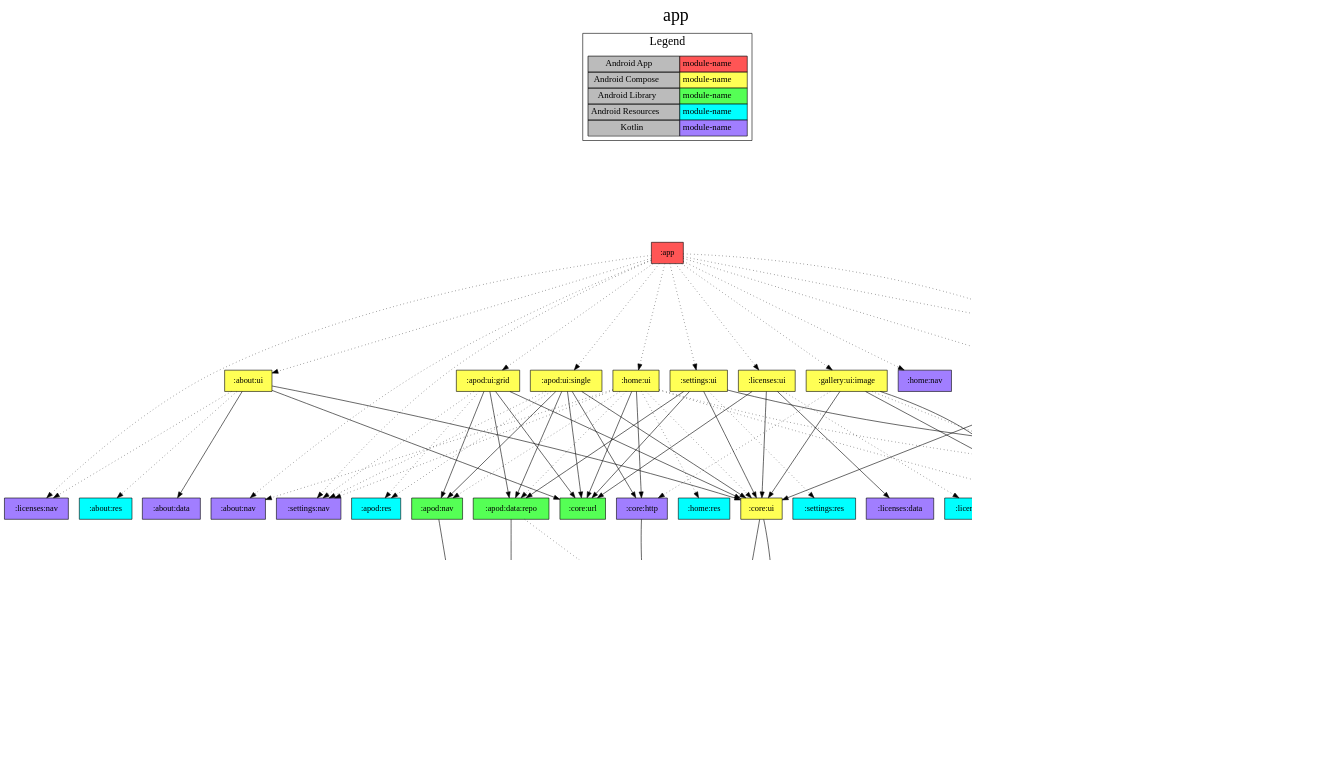
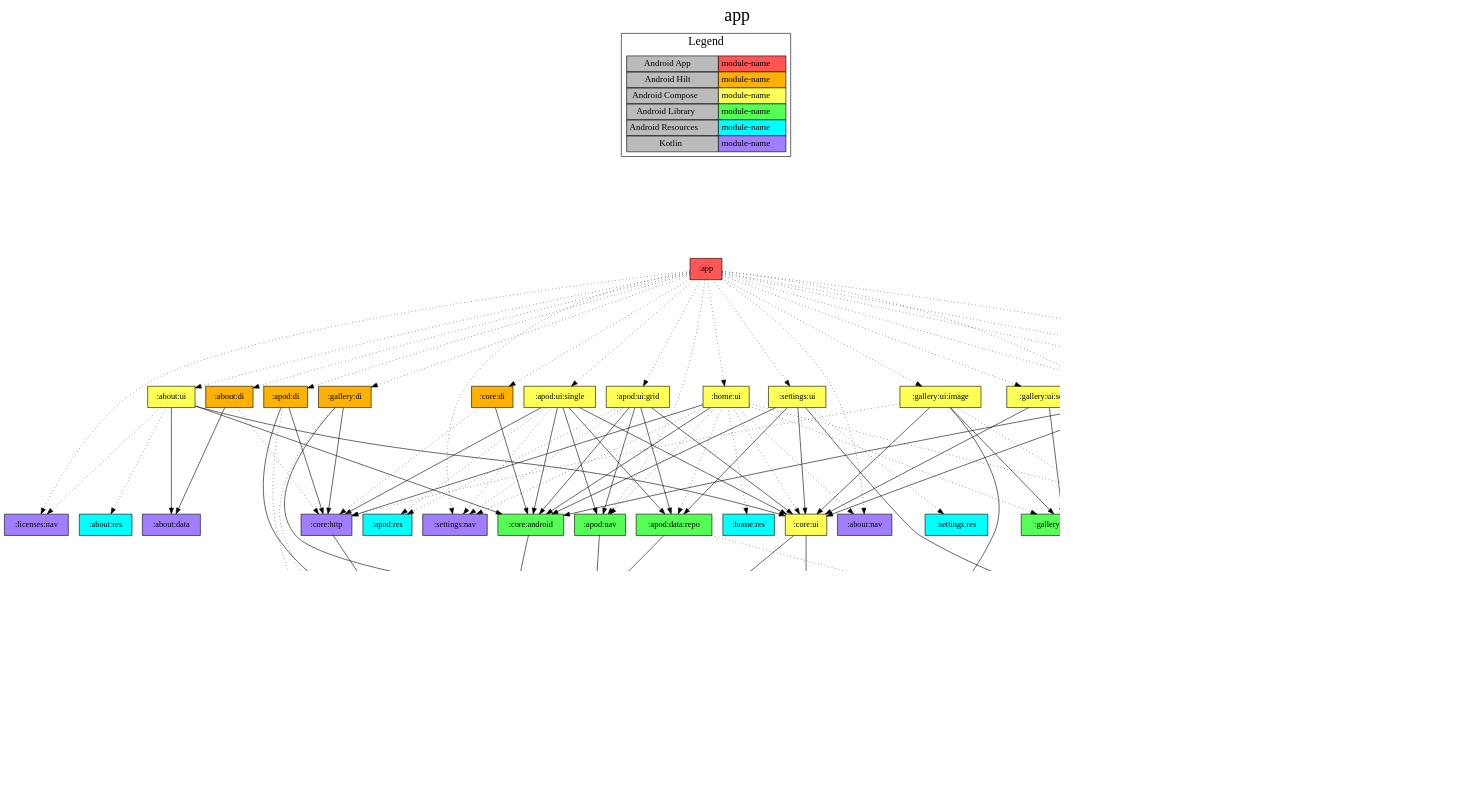
One commit to jonapoul/nasa-android changed the diagram in app/project-dependency-graph.dot. Above: the diagram before and after it, drawn with Graphviz. The commit also changed 75 other files, not shown here.

```diff
--- a/app/project-dependency-graph.dot
+++ b/app/project-dependency-graph.dot
@@ -1,136 +1,163 @@
 digraph {
 edge ["dir"="forward"]
 graph ["dpi"="100","label"="app","labelloc"="t","fontsize"="30","ranksep"="2.5","rankdir"="TB"]
 node ["style"="filled"]
 ":app" ["fillcolor"="#FF5555","shape"="box"]
+":about:di" ["fillcolor"="#FCB103","shape"="box"]
+":about:data" ["fillcolor"="#A17EFF","shape"="box"]
+":core:http" ["fillcolor"="#A17EFF","shape"="box"]
+":core:model" ["fillcolor"="#A17EFF","shape"="box"]
 ":about:nav" ["fillcolor"="#A17EFF","shape"="box"]
 ":about:ui" ["fillcolor"="#FFFF55","shape"="box"]
-":about:data" ["fillcolor"="#A17EFF","shape"="box"]
+":core:android" ["fillcolor"="#55FF55","shape"="box"]
 ":core:ui" ["fillcolor"="#FFFF55","shape"="box"]
-":core:model" ["fillcolor"="#A17EFF","shape"="box"]
 ":core:res" ["fillcolor"="#00FFFF","shape"="box"]
-":core:url" ["fillcolor"="#55FF55","shape"="box"]
 ":about:res" ["fillcolor"="#00FFFF","shape"="box"]
 ":licenses:nav" ["fillcolor"="#A17EFF","shape"="box"]
+":apod:di" ["fillcolor"="#FCB103","shape"="box"]
+":apod:data:api" ["fillcolor"="#A17EFF","shape"="box"]
+":apod:model" ["fillcolor"="#A17EFF","shape"="box"]
+":apod:nav" ["fillcolor"="#55FF55","shape"="box"]
 ":apod:ui:grid" ["fillcolor"="#FFFF55","shape"="box"]
 ":apod:data:repo" ["fillcolor"="#55FF55","shape"="box"]
-":apod:data:api" ["fillcolor"="#A17EFF","shape"="box"]
-":apod:model" ["fillcolor"="#A17EFF","shape"="box"]
 ":db:apod" ["fillcolor"="#A17EFF","shape"="box"]
-":apod:nav" ["fillcolor"="#55FF55","shape"="box"]
 ":apod:res" ["fillcolor"="#00FFFF","shape"="box"]
 ":settings:nav" ["fillcolor"="#A17EFF","shape"="box"]
 ":apod:ui:single" ["fillcolor"="#FFFF55","shape"="box"]
-":core:http" ["fillcolor"="#A17EFF","shape"="box"]
+":core:di" ["fillcolor"="#FCB103","shape"="box"]
+":db:di" ["fillcolor"="#FCB103","shape"="box"]
+":db:api" ["fillcolor"="#A17EFF","shape"="box"]
 ":db:impl" ["fillcolor"="#55FF55","shape"="box"]
-":db:api" ["fillcolor"="#A17EFF","shape"="box"]
 ":db:gallery" ["fillcolor"="#A17EFF","shape"="box"]
 ":gallery:model" ["fillcolor"="#A17EFF","shape"="box"]
+":gallery:di" ["fillcolor"="#FCB103","shape"="box"]
+":gallery:data:api" ["fillcolor"="#A17EFF","shape"="box"]
 ":gallery:nav" ["fillcolor"="#A17EFF","shape"="box"]
 ":gallery:ui:image" ["fillcolor"="#FFFF55","shape"="box"]
 ":gallery:data:repo" ["fillcolor"="#55FF55","shape"="box"]
-":gallery:data:api" ["fillcolor"="#A17EFF","shape"="box"]
 ":gallery:res" ["fillcolor"="#00FFFF","shape"="box"]
 ":gallery:ui:search" ["fillcolor"="#FFFF55","shape"="box"]
 ":home:nav" ["fillcolor"="#A17EFF","shape"="box"]
 ":home:ui" ["fillcolor"="#FFFF55","shape"="box"]
 ":home:res" ["fillcolor"="#00FFFF","shape"="box"]
+":licenses:di" ["fillcolor"="#FCB103","shape"="box"]
+":licenses:data" ["fillcolor"="#A17EFF","shape"="box"]
 ":licenses:ui" ["fillcolor"="#FFFF55","shape"="box"]
-":licenses:data" ["fillcolor"="#A17EFF","shape"="box"]
 ":licenses:res" ["fillcolor"="#00FFFF","shape"="box"]
 ":settings:ui" ["fillcolor"="#FFFF55","shape"="box"]
 ":settings:res" ["fillcolor"="#00FFFF","shape"="box"]
 {
 edge ["dir"="none"]
 graph ["rank"="same"]
 }
+":app" -> ":about:di" ["style"="dotted"]
 ":app" -> ":about:nav" ["style"="dotted"]
 ":app" -> ":about:ui" ["style"="dotted"]
+":app" -> ":apod:di" ["style"="dotted"]
+":app" -> ":apod:nav" ["style"="dotted"]
 ":app" -> ":apod:ui:grid" ["style"="dotted"]
 ":app" -> ":apod:ui:single" ["style"="dotted"]
-":app" -> ":db:impl" ["style"="dotted"]
+":app" -> ":core:di" ["style"="dotted"]
+":app" -> ":db:di" ["style"="dotted"]
+":app" -> ":gallery:di" ["style"="dotted"]
 ":app" -> ":gallery:nav" ["style"="dotted"]
 ":app" -> ":gallery:ui:image" ["style"="dotted"]
 ":app" -> ":gallery:ui:search" ["style"="dotted"]
 ":app" -> ":home:nav" ["style"="dotted"]
 ":app" -> ":home:ui" ["style"="dotted"]
+":app" -> ":licenses:di" ["style"="dotted"]
 ":app" -> ":licenses:nav" ["style"="dotted"]
 ":app" -> ":licenses:ui" ["style"="dotted"]
 ":app" -> ":settings:nav" ["style"="dotted"]
 ":app" -> ":settings:ui" ["style"="dotted"]
+":about:di" -> ":about:data"
+":about:di" -> ":core:http" ["style"="dotted"]
+":core:http" -> ":core:model"
 ":about:ui" -> ":about:data"
+":about:ui" -> ":core:android"
 ":about:ui" -> ":core:ui"
-":about:ui" -> ":core:url"
 ":about:ui" -> ":about:res" ["style"="dotted"]
 ":about:ui" -> ":licenses:nav" ["style"="dotted"]
+":core:android" -> ":core:model"
 ":core:ui" -> ":core:model"
 ":core:ui" -> ":core:res"
+":apod:di" -> ":apod:data:api"
+":apod:di" -> ":core:http"
+":apod:di" -> ":core:model" ["style"="dotted"]
+":apod:data:api" -> ":apod:model"
+":apod:data:api" -> ":core:model"
+":apod:nav" -> ":apod:model"
 ":apod:ui:grid" -> ":apod:data:repo"
 ":apod:ui:grid" -> ":apod:nav"
+":apod:ui:grid" -> ":core:android"
 ":apod:ui:grid" -> ":core:ui"
-":apod:ui:grid" -> ":core:url"
 ":apod:ui:grid" -> ":apod:res" ["style"="dotted"]
 ":apod:ui:grid" -> ":settings:nav" ["style"="dotted"]
 ":apod:data:repo" -> ":apod:data:api"
 ":apod:data:repo" -> ":db:apod" ["style"="dotted"]
-":apod:data:api" -> ":apod:model"
-":apod:data:api" -> ":core:model"
-":apod:nav" -> ":apod:model"
 ":apod:ui:single" -> ":apod:data:repo"
 ":apod:ui:single" -> ":apod:nav"
+":apod:ui:single" -> ":core:android"
 ":apod:ui:single" -> ":core:http"
 ":apod:ui:single" -> ":core:ui"
-":apod:ui:single" -> ":core:url"
 ":apod:ui:single" -> ":apod:res" ["style"="dotted"]
 ":apod:ui:single" -> ":settings:nav" ["style"="dotted"]
-":core:http" -> ":core:model"
+":core:di" -> ":core:android"
+":core:di" -> ":core:http" ["style"="dotted"]
+":db:di" -> ":db:api"
+":db:di" -> ":db:impl"
 ":db:impl" -> ":db:api"
 ":db:impl" -> ":db:apod"
 ":db:impl" -> ":db:gallery"
 ":db:gallery" -> ":gallery:model"
+":gallery:di" -> ":core:http"
+":gallery:di" -> ":gallery:data:api"
+":gallery:di" -> ":core:model" ["style"="dotted"]
+":gallery:data:api" -> ":gallery:model"
 ":gallery:nav" -> ":gallery:model" ["style"="dotted"]
 ":gallery:ui:image" -> ":core:model"
 ":gallery:ui:image" -> ":core:ui"
 ":gallery:ui:image" -> ":gallery:data:repo"
 ":gallery:ui:image" -> ":core:http" ["style"="dotted"]
 ":gallery:ui:image" -> ":gallery:res" ["style"="dotted"]
 ":gallery:data:repo" -> ":db:gallery"
 ":gallery:data:repo" -> ":gallery:data:api"
-":gallery:data:api" -> ":gallery:model"
 ":gallery:ui:search" -> ":core:ui"
 ":gallery:ui:search" -> ":gallery:data:repo"
 ":gallery:ui:search" -> ":gallery:nav" ["style"="dotted"]
 ":gallery:ui:search" -> ":gallery:res" ["style"="dotted"]
+":home:ui" -> ":core:android"
 ":home:ui" -> ":core:http"
-":home:ui" -> ":core:url"
 ":home:ui" -> ":about:nav" ["style"="dotted"]
 ":home:ui" -> ":apod:data:repo" ["style"="dotted"]
 ":home:ui" -> ":apod:nav" ["style"="dotted"]
 ":home:ui" -> ":core:ui" ["style"="dotted"]
 ":home:ui" -> ":gallery:data:repo" ["style"="dotted"]
 ":home:ui" -> ":gallery:nav" ["style"="dotted"]
 ":home:ui" -> ":home:res" ["style"="dotted"]
 ":home:ui" -> ":settings:nav" ["style"="dotted"]
+":licenses:di" -> ":licenses:data"
+":licenses:ui" -> ":core:android"
 ":licenses:ui" -> ":core:ui"
-":licenses:ui" -> ":core:url"
 ":licenses:ui" -> ":licenses:data"
 ":licenses:ui" -> ":licenses:res" ["style"="dotted"]
 ":settings:ui" -> ":apod:data:repo"
+":settings:ui" -> ":core:android"
 ":settings:ui" -> ":core:ui"
-":settings:ui" -> ":core:url"
 ":settings:ui" -> ":db:api"
 ":settings:ui" -> ":settings:res" ["style"="dotted"]
 subgraph "cluster_legend" {
 edge ["dir"="none"]
 graph ["label"="Legend","fontsize"="20"]
 "Legend" ["style"="filled","fillcolor"="#bbbbbb","shape"="none","margin"="0","fontsize"="15","label"=<
 <TABLE BORDER="0" CELLBORDER="1" CELLSPACING="0" CELLPADDING="4">
 <TR><TD>Android App</TD><TD BGCOLOR="#FF5555">module-name</TD></TR>
+<TR><TD>Android Hilt</TD><TD BGCOLOR="#FCB103">module-name</TD></TR>
 <TR><TD>Android Compose</TD><TD BGCOLOR="#FFFF55">module-name</TD></TR>
 <TR><TD>Android Library</TD><TD BGCOLOR="#55FF55">module-name</TD></TR>
 <TR><TD>Android Resources</TD><TD BGCOLOR="#00FFFF">module-name</TD></TR>
 <TR><TD>Kotlin</TD><TD BGCOLOR="#A17EFF">module-name</TD></TR>
 </TABLE>
 >]
 } -> ":app" ["style"="invis"]
 }
```
